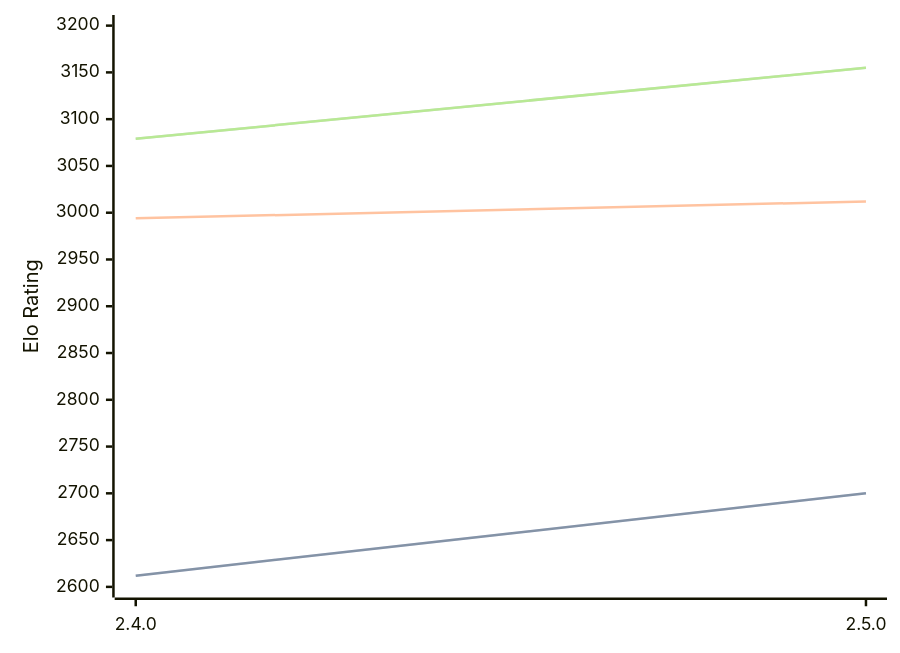
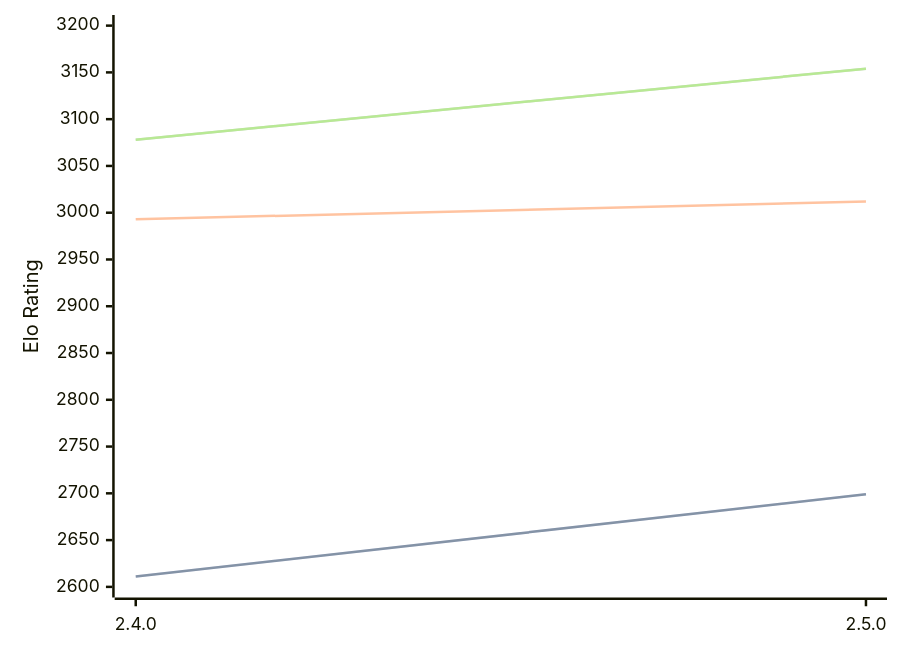
Before and after one commit to computer-chess-index/cci: the diagram in engines/Sturddle2.md, drawn with Mermaid. The commit also changed other lines of this file, not shown here.

Commit message:
Update CCI Ratings (ELO VLTC) - 2026-06-07

````diff
--- a/engines/Sturddle2.md
+++ b/engines/Sturddle2.md
@@ -37,11 +37,11 @@
 ```mermaid
 %%{init: {"theme":"base","themeVariables":{"seriesColors:['#a3a3a3','#222221','#faa371']}}}%%
 xychart-beta
   x-axis ["2.4.0", "2.5.0"]
   y-axis "Elo Rating" 2600 --> 3200
-  line "STC (8.0+0.08s)" [2612, 2700]
-  line "STC (8.0+0.08s)" [2612, 2700]
-  line "LTC (60.0+0.60s)" [2994, 3012]
-  line "VLTC (2m24s+1.12s)" [3079, 3155]
-  line "VLTC (2m24s+1.12s)" [3079, 3155]
+  line "STC (8.0+0.08s)" [2611, 2699]
+  line "STC (8.0+0.08s)" [2611, 2699]
+  line "LTC (60.0+0.60s)" [2993, 3012]
+  line "VLTC (2m24s+1.12s)" [3078, 3154]
+  line "VLTC (2m24s+1.12s)" [3078, 3154]
 ```
````
